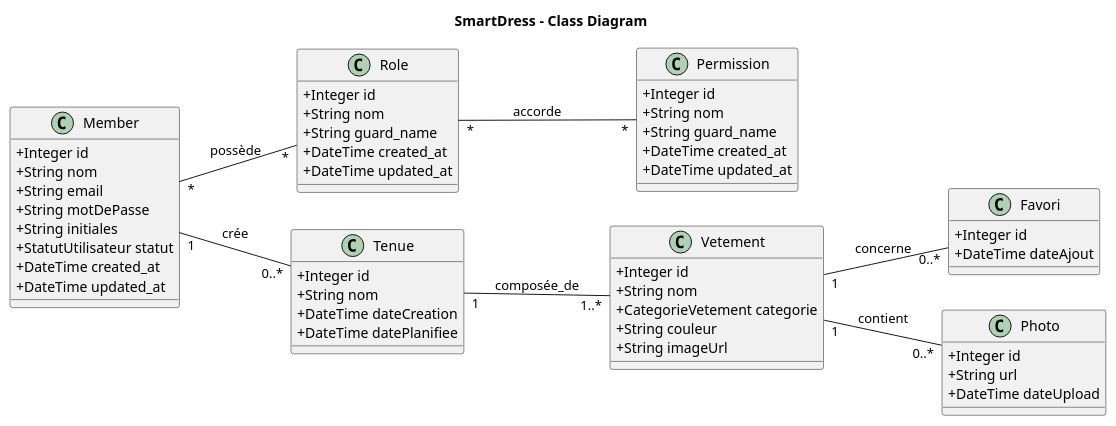
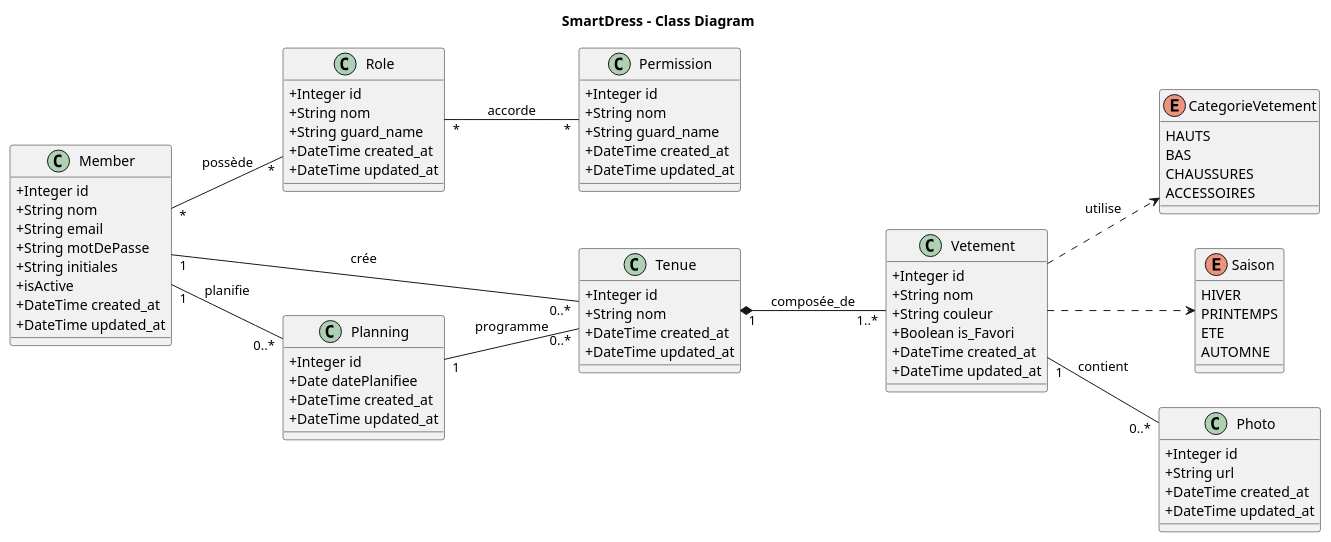
One commit to yasmineh-d/SmartDress changed the diagram in Conception/diagramme-classes.puml. Above: the diagram before and after it, drawn with PlantUML. The commit also changed 6 other files, not shown here.

```diff
--- a/Conception/diagramme-classes.puml
+++ b/Conception/diagramme-classes.puml
@@ -1,72 +1,92 @@
 @startuml
 title SmartDress - Class Diagram
 
 left to right direction
 skinparam classAttributeIconSize 0
+
+enum CategorieVetement {
+    HAUTS
+    BAS
+    CHAUSSURES
+    ACCESSOIRES
+}
+
+enum Saison {
+    HIVER
+    PRINTEMPS
+    ETE
+    AUTOMNE
+}
 
 class Member {
     +Integer id
     +String nom
     +String email
     +String motDePasse
     +String initiales
-    +StatutUtilisateur statut
+    +isActive
     +DateTime created_at
     +DateTime updated_at
 }
 
 class Role {
     +Integer id
     +String nom
     +String guard_name
     +DateTime created_at
     +DateTime updated_at
 }
 
 class Permission {
     +Integer id
     +String nom
     +String guard_name
     +DateTime created_at
     +DateTime updated_at
 }
 
-class Favori {
+class Vetement {
     +Integer id
-    +DateTime dateAjout
+    +String nom
+    +String couleur
+    +Boolean is_Favori
+    +DateTime created_at
+    +DateTime updated_at
+}
+
+class Photo {
+    +Integer id
+    +String url
+    +DateTime created_at
+    +DateTime updated_at
 }
 
 class Tenue {
     +Integer id
     +String nom
-    +DateTime dateCreation
-    +DateTime datePlanifiee
+    +DateTime created_at
+    +DateTime updated_at
 }
 
-class Vetement {
+class Planning {
     +Integer id
-    +String nom
-    +CategorieVetement categorie
-    +String couleur
-    +String imageUrl
-}
-
-class Photo {
-    +Integer id
-    +String url
-    +DateTime dateUpload
+    +Date datePlanifiee
+    +DateTime created_at
+    +DateTime updated_at
 }
 
 Member "*" -- "*" Role : possède
+Role "*" -- "*" Permission : accorde
+
+
+Vetement "1" -- "0..*" Photo : contient
 
 Member "1" -- "0..*" Tenue : crée
+Tenue "1" *-- "1..*" Vetement : composée_de
 
+Member "1" -- "0..*" Planning : planifie
+Planning "1" -- "0..*" Tenue : programme
 
-Vetement "1" -- "0..*" Favori : concerne
-
-Role "*" -- "*" Permission : accorde
-
-Tenue "1" -- "1..*" Vetement : composée_de
-Vetement "1" -- "0..*" Photo : contient
-
+Vetement ..> CategorieVetement : utilise
+Vetement ..> Saison
 @enduml
```
